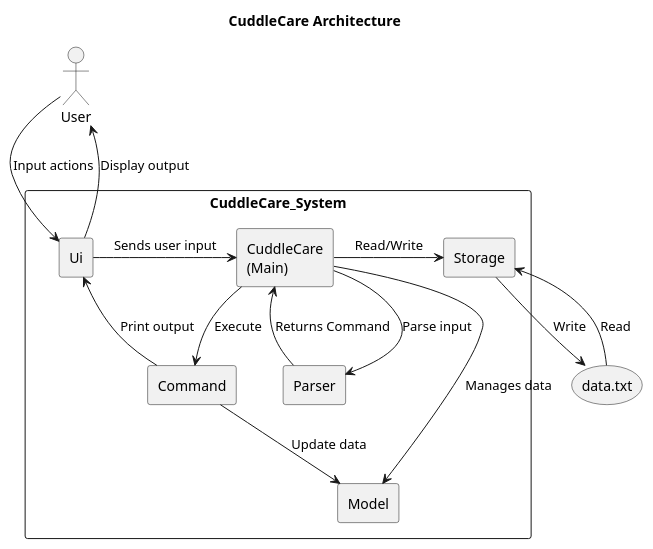
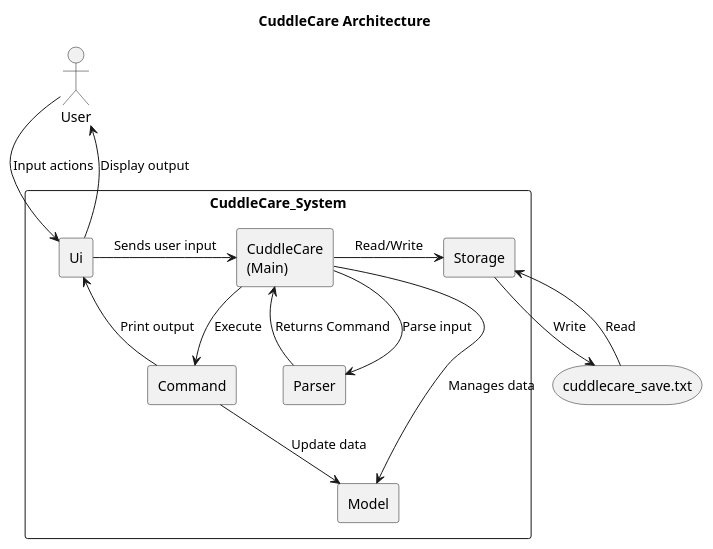
The diagram in docs/uml/Architecture.puml (Kevin88866/tp), drawn with PlantUML before and after one commit. The commit also changed 1 other file, not shown here.

Commit message:
Update Architecture diagram with correct txt file name

```diff
--- a/docs/uml/Architecture.puml
+++ b/docs/uml/Architecture.puml
@@ -1,38 +1,38 @@
 @startuml
 skinparam monochrome true
 skinparam shadowing false
 skinparam componentStyle rectangle
 
 title CuddleCare Architecture
 
 actor User
 
 rectangle CuddleCare_System {
     component "CuddleCare\n(Main)" as CuddleCare
     component Ui
     component Parser
     component Command
     component Model
     component Storage
 }
 
-storage "data.txt"
+storage "cuddlecare_save.txt"
 
 User -down-> Ui : Input actions
 Ui -up-> User : Display output
 
 Ui -right-> CuddleCare : Sends user input
 CuddleCare -right-> Parser : Parse input
 Parser -up-> CuddleCare : Returns Command
 
 CuddleCare -down-> Command : Execute
 CuddleCare -down-> Model : Manages data
 CuddleCare -right-> Storage : Read/Write
 
 Command -up-> Ui : Print output
 Command -down-> Model : Update data
 
-Storage -down-> "data.txt" : Write
-"data.txt" -up-> Storage : Read
+Storage -down-> "cuddlecare_save.txt" : Write
+"cuddlecare_save.txt" -up-> Storage : Read
 
 @enduml
```
